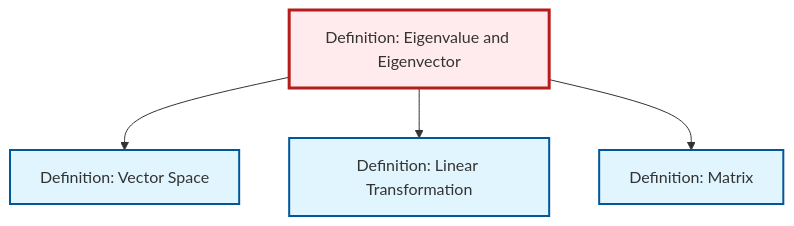
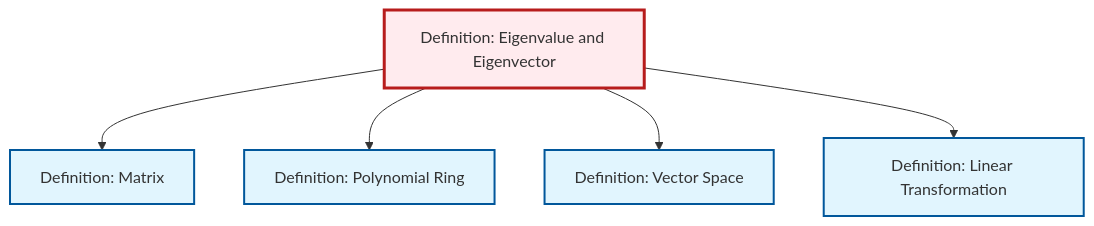
The diagram in content/ja/algebra/def-eigenvalue-eigenvector.qmd (RK0429/ModernMath), drawn with Mermaid before and after one commit. The commit also changed other lines of this file and 434 other files, not shown here.

First line of the commit message:
feat: Add polynomial ring definition with comprehensive cross-references

````diff
--- a/content/ja/algebra/def-eigenvalue-eigenvector.qmd
+++ b/content/ja/algebra/def-eigenvalue-eigenvector.qmd
@@ -75,20 +76,23 @@
 ```{mermaid}
 %%| fig-cap: "Local dependency graph"
 graph TD
     classDef definition fill:#e1f5fe,stroke:#01579b,stroke-width:2px
     classDef theorem fill:#f3e5f5,stroke:#4a148c,stroke-width:2px
     classDef axiom fill:#fff3e0,stroke:#e65100,stroke-width:2px
     classDef example fill:#e8f5e9,stroke:#1b5e20,stroke-width:2px
     classDef current fill:#ffebee,stroke:#b71c1c,stroke-width:3px
-    def-vector-space["Definition: Vector Space"]:::definition
     def-linear-transformation["Definition: Linear Transformation"]:::definition
     def-eigenvalue-eigenvector["Definition: Eigenvalue and Eigenvector"]:::definition
+    def-polynomial-ring["Definition: Polynomial Ring"]:::definition
+    def-vector-space["Definition: Vector Space"]:::definition
     def-matrix["Definition: Matrix"]:::definition
+    def-eigenvalue-eigenvector --> def-matrix
+    def-eigenvalue-eigenvector --> def-polynomial-ring
     def-eigenvalue-eigenvector --> def-vector-space
     def-eigenvalue-eigenvector --> def-linear-transformation
-    def-eigenvalue-eigenvector --> def-matrix
     class def-eigenvalue-eigenvector current
+    click def-linear-transformation "def-linear-transformation.html" "Definition: Linear Transformationへ"
+    click def-polynomial-ring "def-polynomial-ring.html" "Definition: Polynomial Ringへ"
     click def-vector-space "def-vector-space.html" "Definition: Vector Spaceへ"
-    click def-linear-transformation "def-linear-transformation.html" "Definition: Linear Transformationへ"
     click def-matrix "def-matrix.html" "Definition: Matrixへ"
 ```
````
